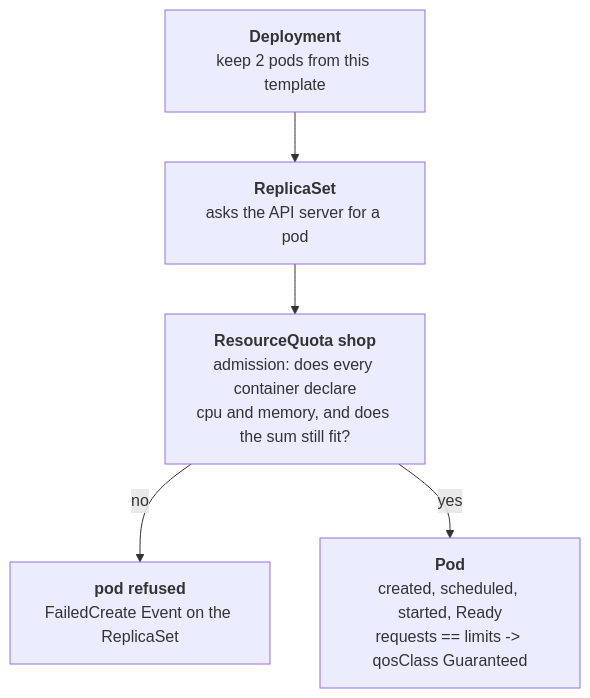
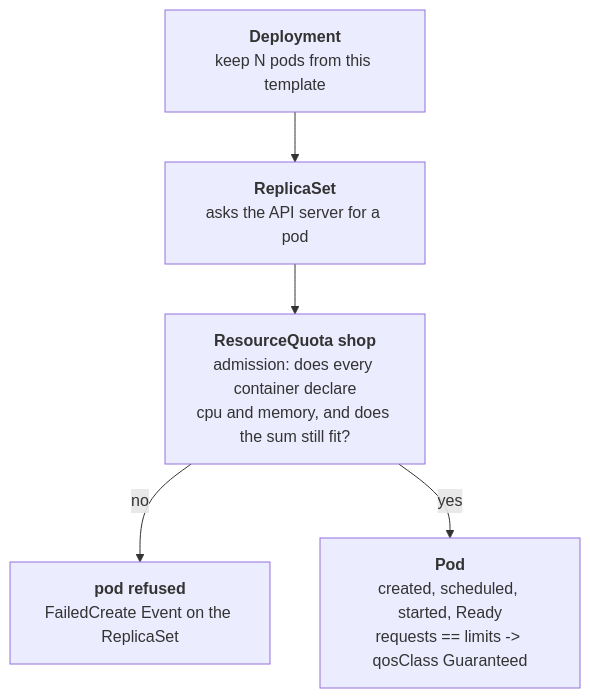
The diagram in scenarios/L1/018-guaranteed-within-quota/story.md (cauebraz/kubedrill), drawn with Mermaid before and after one commit. The commit also changed other lines of this file and 155 other files, not shown here.

````diff
--- a/scenarios/L1/018-guaranteed-within-quota/story.md
+++ b/scenarios/L1/018-guaranteed-within-quota/story.md
@@ -37,11 +37,11 @@
 ```mermaid
 flowchart TD
-  D["<b>Deployment</b><br/>keep 2 pods from this template"]
+  D["<b>Deployment</b><br/>keep N pods from this template"]
   R["<b>ReplicaSet</b><br/>asks the API server for a pod"]
   Q["<b>ResourceQuota shop</b><br/>admission: does every container declare<br/>cpu and memory, and does the sum still fit?"]
   X["<b>pod refused</b><br/>FailedCreate Event on the ReplicaSet"]
   P["<b>Pod</b><br/>created, scheduled, started, Ready<br/>requests == limits -&gt; qosClass Guaranteed"]
   D --> R --> Q
   Q -->|no| X
   Q -->|yes| P
 ```
````
